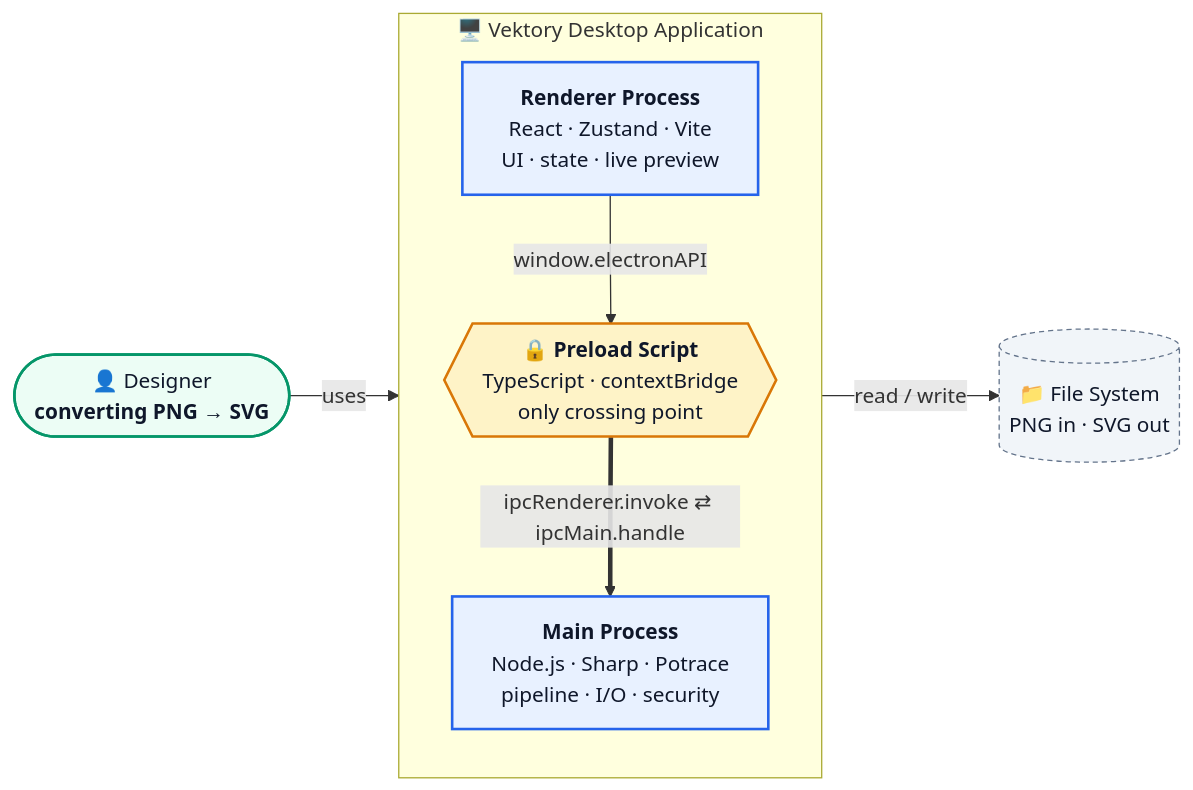
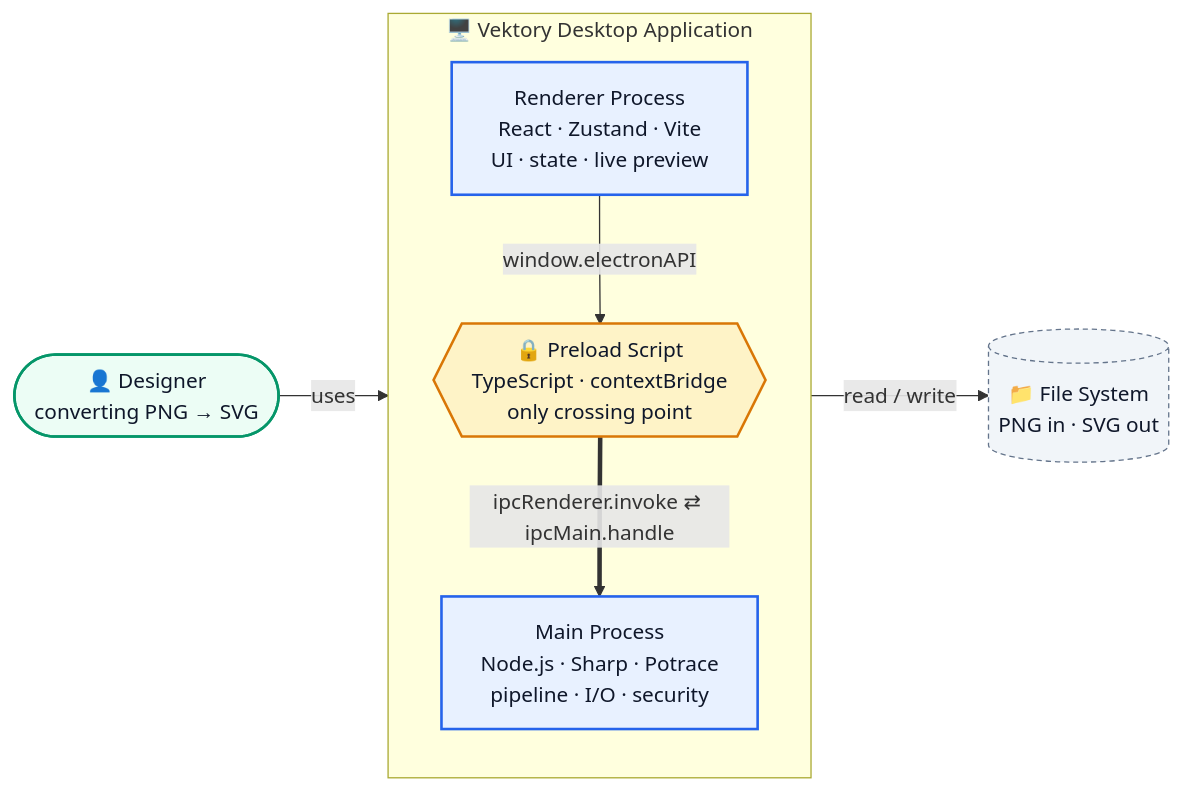
The first of 3 diagrams in docs/architecture.md (ViktoriaFox/Vektory), drawn with Mermaid before and after one commit. The commit also changed 2 other files, not shown here.

Commit message:
diagrams fixes

```diff
--- a/docs/architecture.md
+++ b/docs/architecture.md
@@ -14,29 +14,29 @@
 <pre class="mermaid">
 flowchart LR
-    user(["👤 Designer<br/><b>converting PNG → SVG</b>"])
+    user(["👤 Designer<br>converting PNG → SVG"])
 
     subgraph app["🖥️ Vektory Desktop Application"]
         direction TB
-        renderer["<b>Renderer Process</b><br/>React · Zustand · Vite<br/>UI · state · live preview"]
-        preload{{"🔒 <b>Preload Script</b><br/>TypeScript · contextBridge<br/>only crossing point"}}
-        main["<b>Main Process</b><br/>Node.js · Sharp · Potrace<br/>pipeline · I/O · security"]
+        renderer["Renderer Process<br>React · Zustand · Vite<br>UI · state · live preview"]
+        preload{{"🔒 Preload Script<br>TypeScript · contextBridge<br>only crossing point"}}
+        main["Main Process<br>Node.js · Sharp · Potrace<br>pipeline · I/O · security"]
 
         renderer -- "window.electronAPI" --> preload
         preload == "ipcRenderer.invoke ⇄ ipcMain.handle" ==> main
     end
 
-    fs[("📁 File System<br/>PNG in · SVG out")]
+    fs[("📁 File System<br>PNG in · SVG out")]
 
     user -- uses --> renderer
     main -- "read / write" --> fs
 
     classDef proc fill:#E8F1FF,stroke:#2563EB,stroke-width:2px,color:#0F172A
     classDef bridge fill:#FEF3C7,stroke:#D97706,stroke-width:2px,color:#0F172A
     classDef ext fill:#F1F5F9,stroke:#64748B,stroke-width:1px,stroke-dasharray:4 3,color:#0F172A
     classDef actor fill:#ECFDF5,stroke:#059669,stroke-width:2px,color:#0F172A
 
     class renderer,main proc
     class preload bridge
     class fs ext
     class user actor
 </pre>
```
